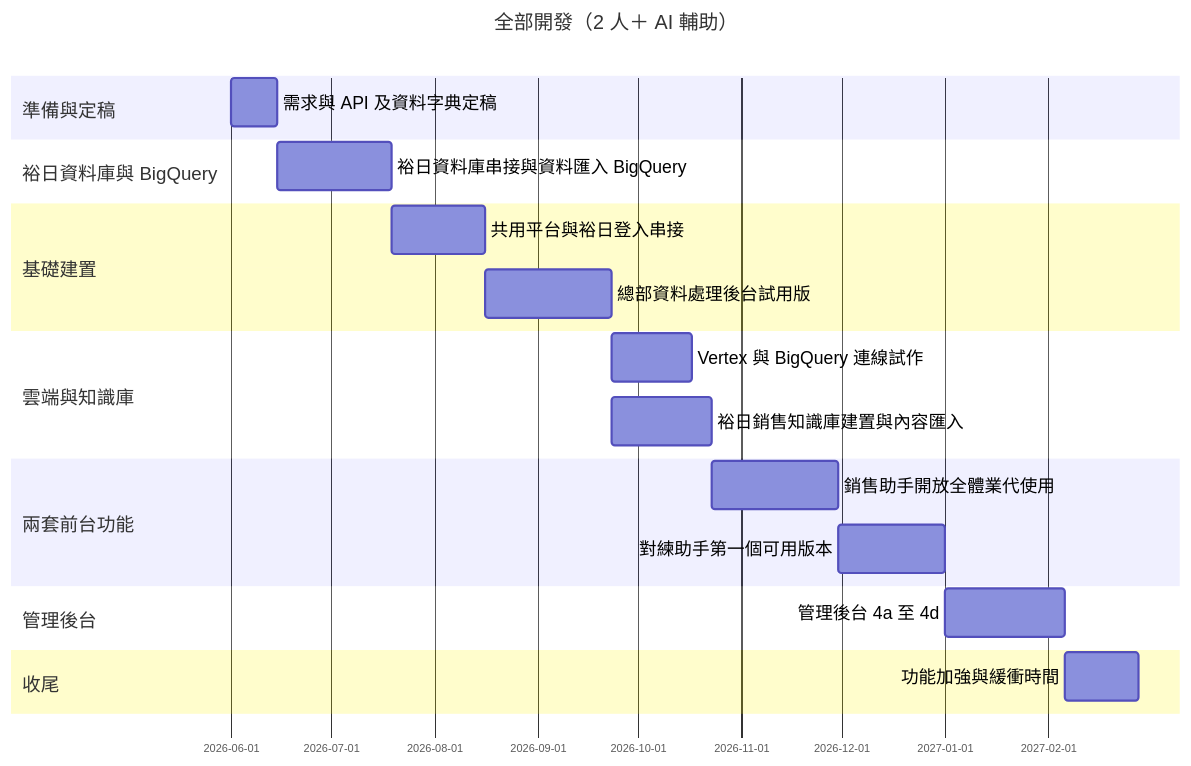
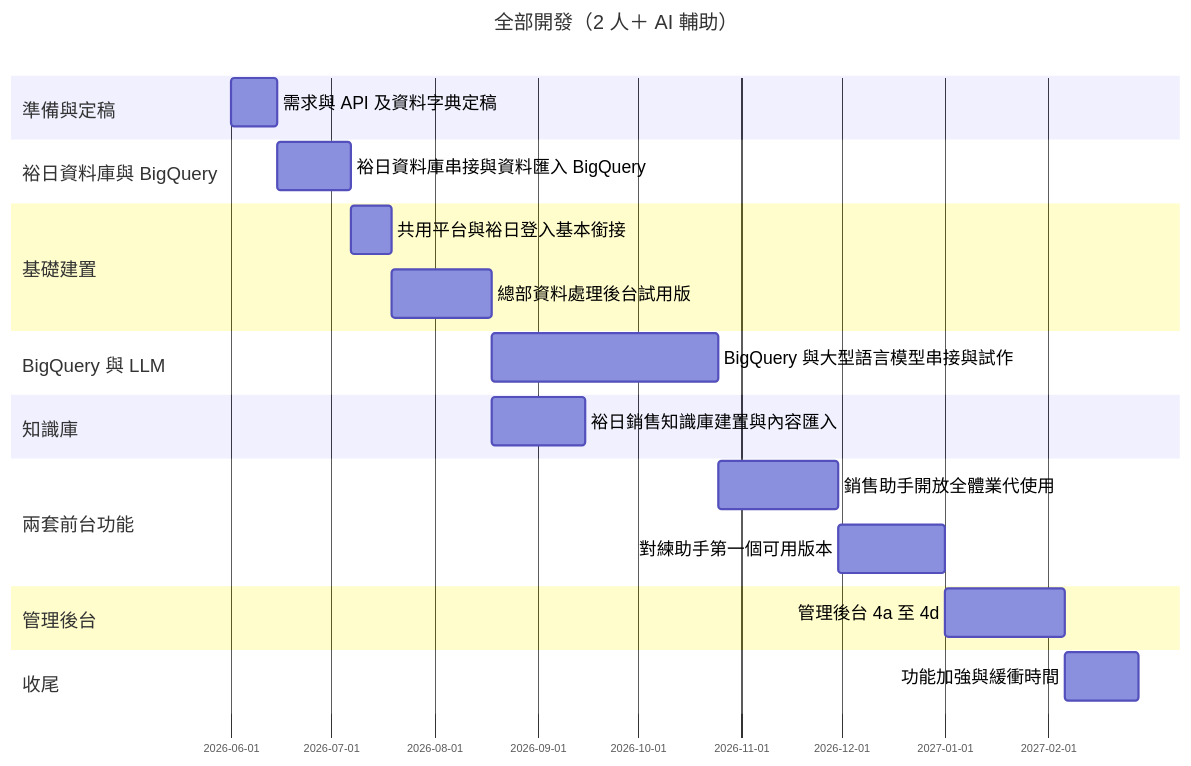
The first of 2 diagrams in PROJECT_SCOPE_SALES_TRAINING.md (humtersiso/YNM_Sales_AI_Coach), drawn with Mermaid before and after one commit. The commit also changed other lines of this file, not shown here.

Commit message:
Scope v0.13: 甘特主軸改為 BQ 對接 LLM、縮短登入與 DB 匯入

````diff
--- a/PROJECT_SCOPE_SALES_TRAINING.md
+++ b/PROJECT_SCOPE_SALES_TRAINING.md
@@ -133,23 +133,24 @@
 ```mermaid
 %%{init: { "gantt": { "barHeight": 44, "barGap": 14, "fontSize": 16, "sectionFontSize": 17, "topPadding": 70, "leftPadding": 200, "gridLineStartPadding": 50 } } }%%
 gantt
 title 全部開發（2 人＋ AI 輔助）
 dateFormat YYYY-MM-DD
 section 準備與定稿
 需求與 API 及資料字典定稿 :p0, 2026-06-01, 14d
 section 裕日資料庫與 BigQuery
-裕日資料庫串接與資料匯入 BigQuery :pdb, after p0, 34d
+裕日資料庫串接與資料匯入 BigQuery :pdb, after p0, 22d
 section 基礎建置
-共用平台與裕日登入串接 :p1, after pdb, 28d
-總部資料處理後台試用版 :p1b, after p1, 38d
-section 雲端與知識庫
-Vertex 與 BigQuery 連線試作 :p2, after p1b, 24d
-裕日銷售知識庫建置與內容匯入 :pk, after p1b, 30d
+共用平台與裕日登入基本銜接 :p1, after pdb, 12d
+總部資料處理後台試用版 :p1b, after p1, 30d
+section BigQuery 與 LLM
+BigQuery 與大型語言模型串接與試作 :pll, after p1b, 68d
+section 知識庫
+裕日銷售知識庫建置與內容匯入 :pk, after p1b, 28d
 section 兩套前台功能
-銷售助手開放全體業代使用 :p3a, after p2 pk, 38d
+銷售助手開放全體業代使用 :p3a, after pll pk, 36d
 對練助手第一個可用版本 :p3b, after p3a, 32d
 section 管理後台
 管理後台 4a 至 4d :p4, after p3b, 36d
 section 收尾
 功能加強與緩衝時間 :p5, after p4, 22d
 ```
````
